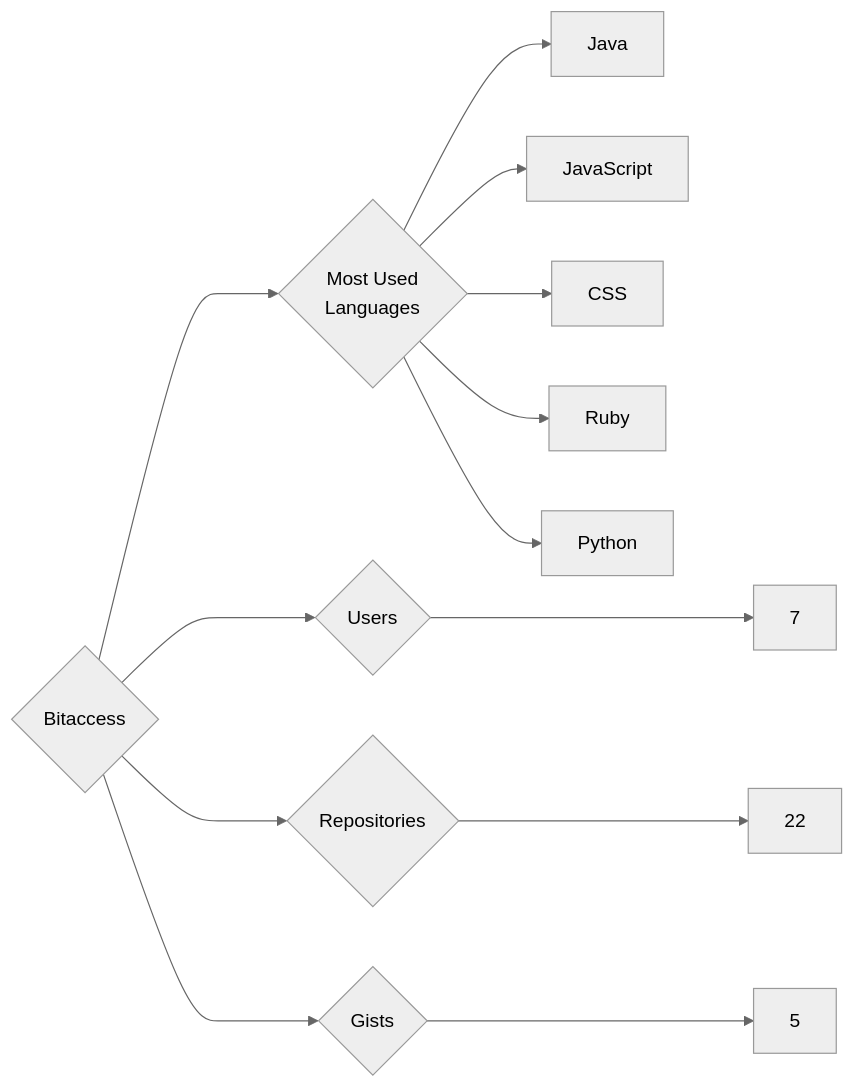
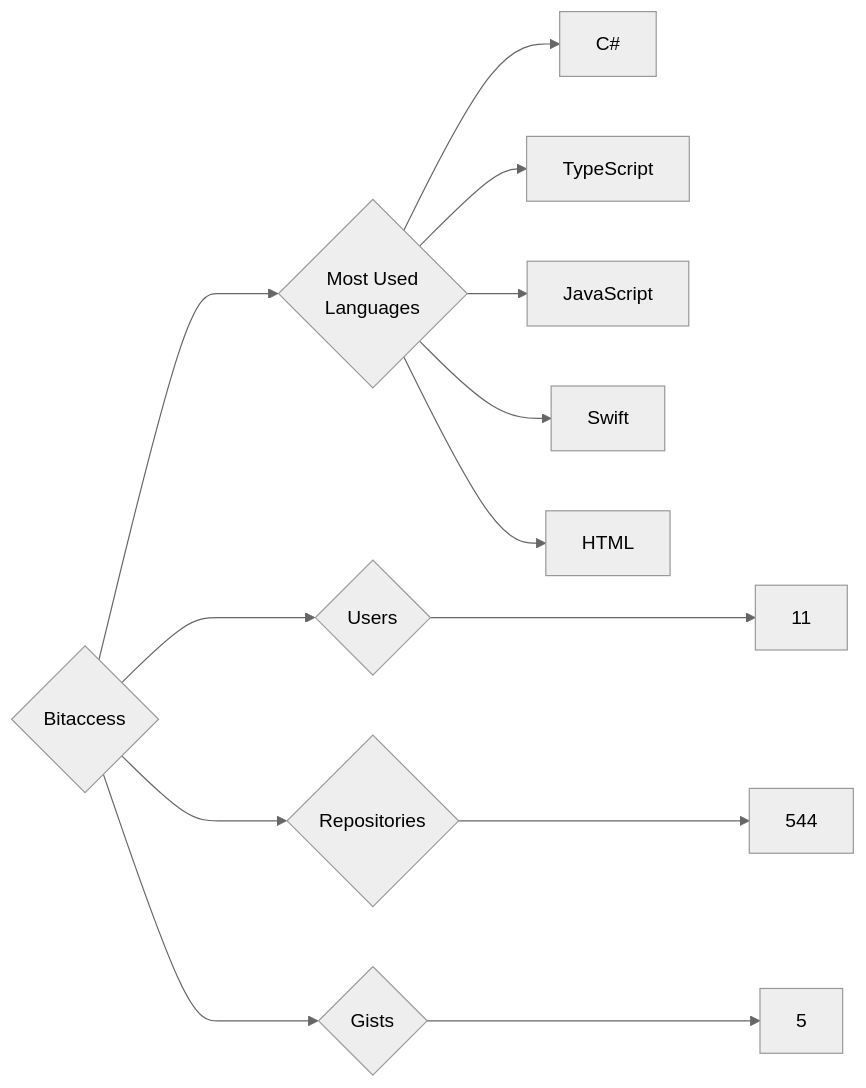
Before and after one commit to trickest/insiders: the diagram in targets/Bitaccess/README.md, drawn with Mermaid (neutral theme). The commit also changed 1175 other files, not shown here.

````diff
--- a/targets/Bitaccess/README.md
+++ b/targets/Bitaccess/README.md
@@ -3,13 +3,13 @@
 ```mermaid
 graph LR
 COMPANY_NAME{Bitaccess}
-COMPANY_NAME ---> U{Users} ---> UN[7]
-COMPANY_NAME ---> R{Repositories} ---> RN[22]
+COMPANY_NAME ---> U{Users} ---> UN[11]
+COMPANY_NAME ---> R{Repositories} ---> RN[544]
 COMPANY_NAME ---> G{Gists} ---> GN[5]
 COMPANY_NAME ---> ML{Most Used<br>Languages}
-ML --> Java[Java]
+ML --> C#[C#]
+ML --> TypeScript[TypeScript]
 ML --> JavaScript[JavaScript]
-ML --> CSS[CSS]
-ML --> Ruby[Ruby]
-ML --> Python[Python]
+ML --> Swift[Swift]
+ML --> HTML[HTML]
 ```
````
